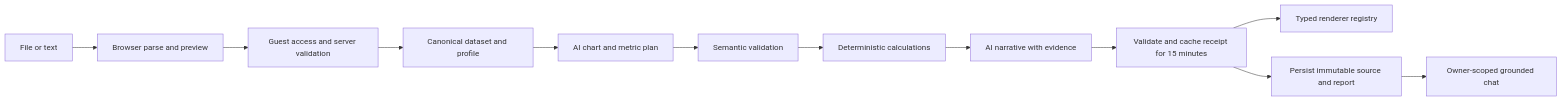
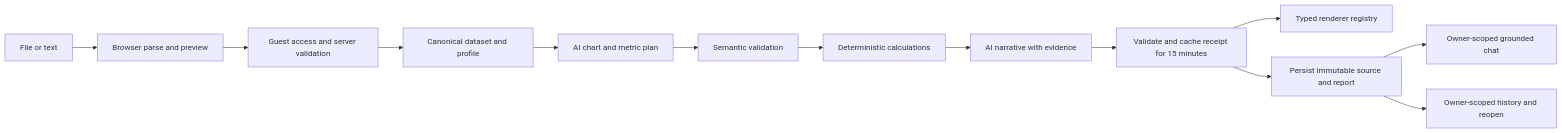
The diagram in docs/ARCHITECTURE.md (bizhello/datatale), drawn with Mermaid before and after one commit. The commit also changed other lines of this file and 37 other files, not shown here.

````diff
--- a/docs/ARCHITECTURE.md
+++ b/docs/ARCHITECTURE.md
@@ -67,14 +68,15 @@
 ```mermaid
 flowchart LR
   Input[File or text] --> Parse[Browser parse and preview]
   Parse --> API[Guest access and server validation]
   API --> Profile[Canonical dataset and profile]
   Profile --> Plan[AI chart and metric plan]
   Plan --> Check[Semantic validation]
   Check --> Facts[Deterministic calculations]
   Facts --> Story[AI narrative with evidence]
   Story --> Receipt[Validate and cache receipt for 15 minutes]
   Receipt --> UI[Typed renderer registry]
   Receipt --> Save[Persist immutable source and report]
   Save --> Chat[Owner-scoped grounded chat]
+  Save --> History[Owner-scoped history and reopen]
 ```
````
